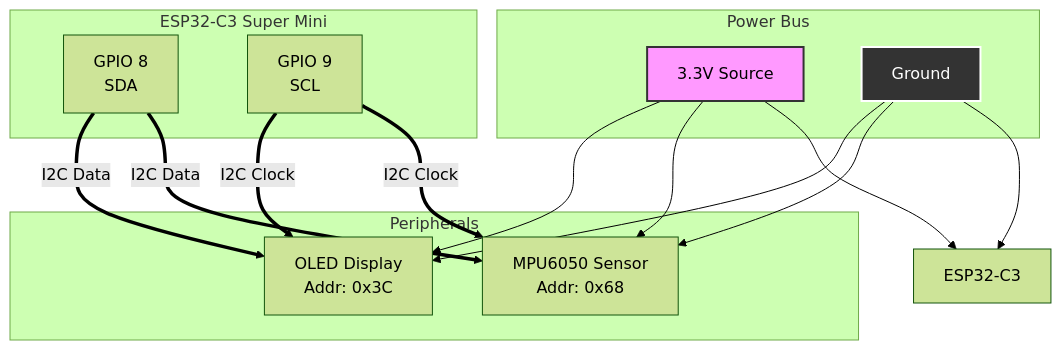
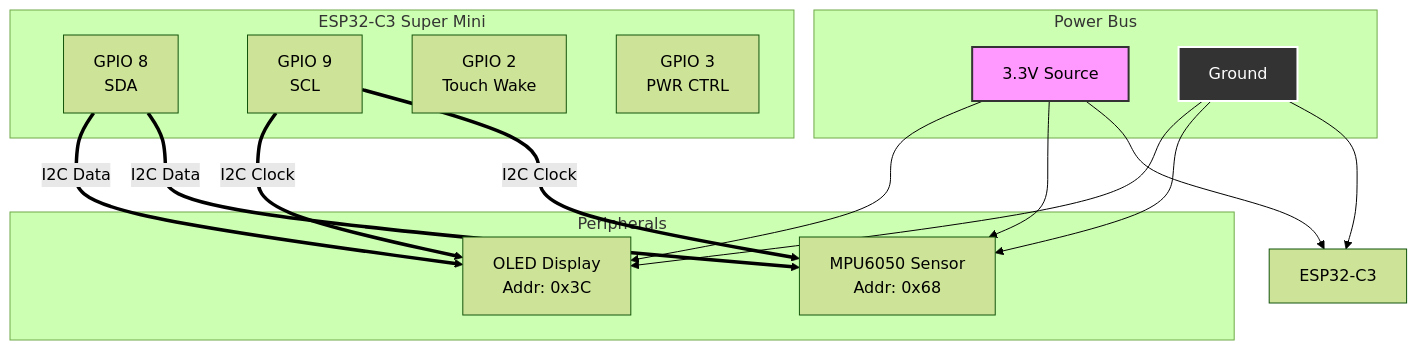
Before and after one commit to sanicxt/Leor: the first of 2 diagrams in README.md, drawn with Mermaid (forest theme). The commit also changed other lines of this file, not shown here.

Commit message:
docs: Update README with expanded device support, detailed power management, new features like BLE OTA and breathing effect, and improved architecture/installation guides.

````diff
--- a/README.md
+++ b/README.md
@@ -68,29 +80,31 @@
 ```mermaid
 graph TD
     subgraph Power Bus
       VCC[3.3V Source]
       GND[Ground]
     end
 
     subgraph ESP32-C3 Super Mini
       GPIO8[GPIO 8<br>SDA]
       GPIO9[GPIO 9<br>SCL]
+      GPIO2[GPIO 2<br>Touch Wake]
+      GPIO3[GPIO 3<br>PWR CTRL]
     end
 
     subgraph Peripherals
       OLED[OLED Display<br>Addr: 0x3C]
       IMU[MPU6050 Sensor<br>Addr: 0x68]
     end
 
     %% Power Connections
     VCC --> OLED & IMU & ESP32-C3
     GND --> OLED & IMU & ESP32-C3
 
     %% Data Connections
     GPIO8 == I2C Data ==> OLED & IMU
     GPIO9 == I2C Clock ==> OLED & IMU
 
     style VCC fill:#f9f,stroke:#333,stroke-width:2px
     style GND fill:#333,stroke:#fff,stroke-width:2px,color:#fff
 
 ```
````
